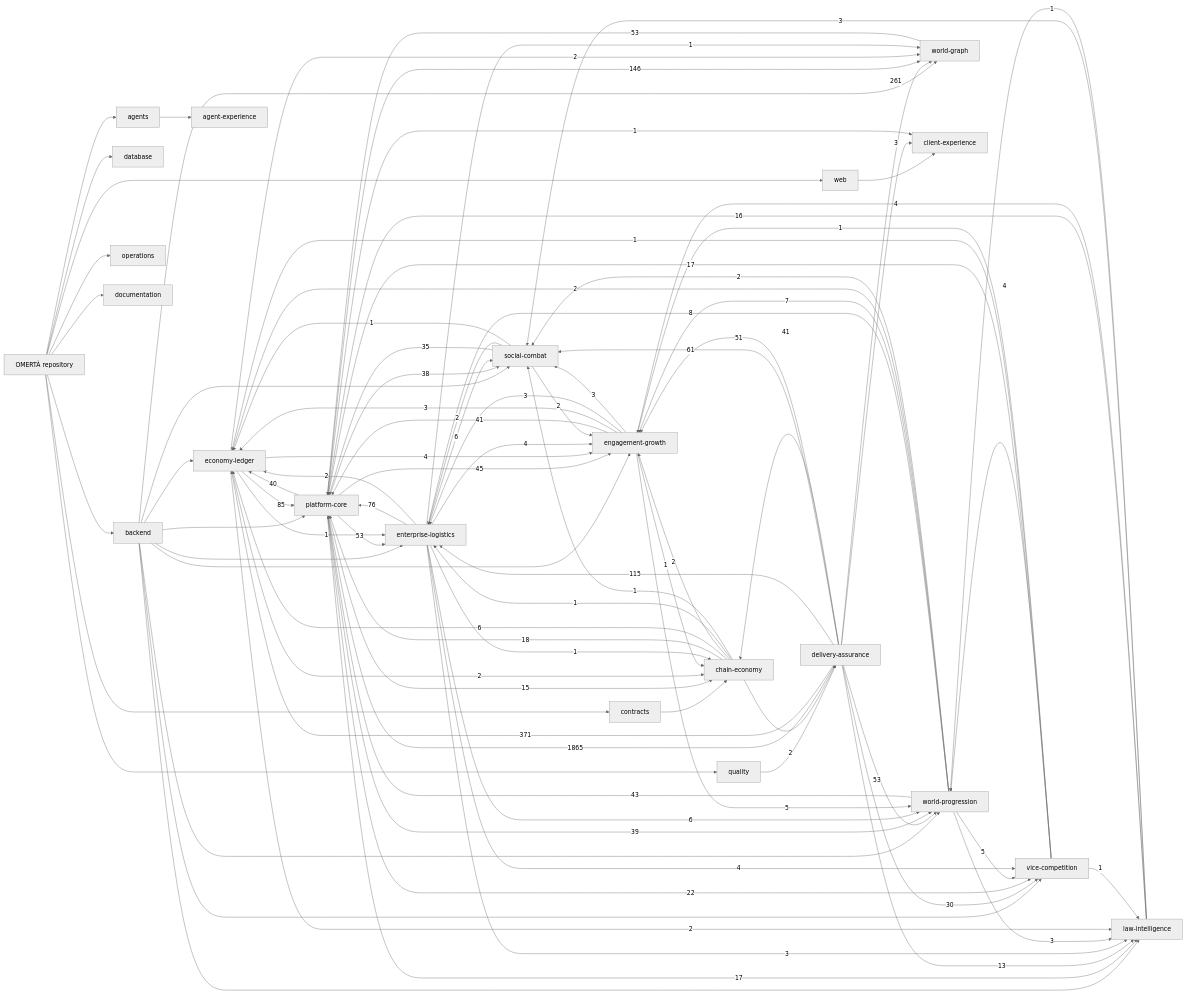
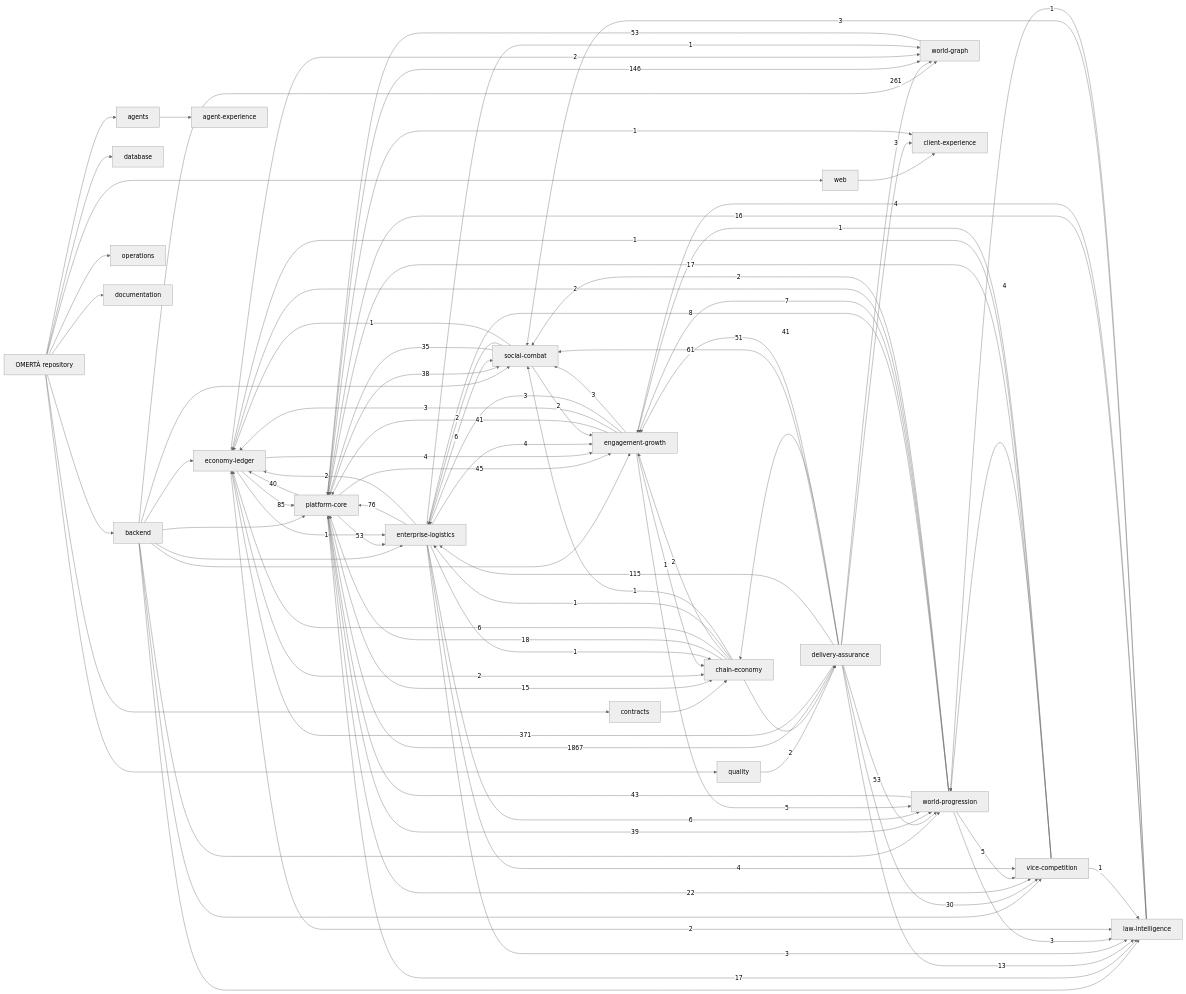
One commit to OmertaDev/Omerta changed the diagram in knowledge/generated/graph.mmd. Above: the diagram before and after it, drawn with Mermaid (neutral theme). The commit also changed 5 other files, not shown here.

```diff
--- a/knowledge/generated/graph.mmd
+++ b/knowledge/generated/graph.mmd
@@ -1,113 +1,113 @@
 flowchart LR
   repo["OMERTÀ repository"]
   sub_backend["backend"]
   repo --> sub_backend
   sub_database["database"]
   repo --> sub_database
   sub_web["web"]
   repo --> sub_web
   sub_contracts["contracts"]
   repo --> sub_contracts
   sub_agents["agents"]
   repo --> sub_agents
   sub_quality["quality"]
   repo --> sub_quality
   sub_operations["operations"]
   repo --> sub_operations
   sub_documentation["documentation"]
   repo --> sub_documentation
   dom_platform-core["platform-core"]
   dom_economy-ledger["economy-ledger"]
   dom_social-combat["social-combat"]
   dom_world-progression["world-progression"]
   dom_world-graph["world-graph"]
   dom_enterprise-logistics["enterprise-logistics"]
   dom_vice-competition["vice-competition"]
   dom_law-intelligence["law-intelligence"]
   dom_chain-economy["chain-economy"]
   dom_engagement-growth["engagement-growth"]
   dom_client-experience["client-experience"]
   dom_agent-experience["agent-experience"]
   dom_delivery-assurance["delivery-assurance"]
   sub_agents --> dom_agent-experience
   sub_backend --> dom_economy-ledger
   sub_backend --> dom_engagement-growth
   sub_backend --> dom_enterprise-logistics
   sub_backend --> dom_law-intelligence
   sub_backend --> dom_platform-core
   sub_backend --> dom_social-combat
   sub_backend --> dom_vice-competition
   sub_backend --> dom_world-graph
   sub_backend --> dom_world-progression
   sub_contracts --> dom_chain-economy
   sub_quality --> dom_delivery-assurance
   sub_web --> dom_client-experience
-  dom_delivery-assurance -->|1865| dom_platform-core
+  dom_delivery-assurance -->|1867| dom_platform-core
   dom_delivery-assurance -->|371| dom_economy-ledger
   dom_delivery-assurance -->|261| dom_world-graph
   dom_platform-core -->|146| dom_world-graph
   dom_delivery-assurance -->|115| dom_enterprise-logistics
   dom_economy-ledger -->|85| dom_platform-core
   dom_enterprise-logistics -->|76| dom_platform-core
   dom_delivery-assurance -->|61| dom_social-combat
   dom_delivery-assurance -->|53| dom_world-progression
   dom_platform-core -->|53| dom_enterprise-logistics
   dom_world-graph -->|53| dom_platform-core
   dom_delivery-assurance -->|51| dom_engagement-growth
   dom_platform-core -->|45| dom_engagement-growth
   dom_world-progression -->|43| dom_platform-core
   dom_delivery-assurance -->|41| dom_chain-economy
   dom_engagement-growth -->|41| dom_platform-core
   dom_platform-core -->|40| dom_economy-ledger
   dom_platform-core -->|39| dom_world-progression
   dom_platform-core -->|38| dom_social-combat
   dom_social-combat -->|35| dom_platform-core
   dom_delivery-assurance -->|30| dom_vice-competition
   dom_platform-core -->|22| dom_vice-competition
   dom_chain-economy -->|18| dom_platform-core
   dom_platform-core -->|17| dom_law-intelligence
   dom_vice-competition -->|17| dom_platform-core
   dom_law-intelligence -->|16| dom_platform-core
   dom_platform-core -->|15| dom_chain-economy
   dom_delivery-assurance -->|13| dom_law-intelligence
   dom_world-progression -->|8| dom_enterprise-logistics
   dom_world-progression -->|7| dom_engagement-growth
   dom_chain-economy -->|6| dom_economy-ledger
   dom_enterprise-logistics -->|6| dom_social-combat
   dom_enterprise-logistics -->|6| dom_world-progression
   dom_engagement-growth -->|5| dom_world-progression
   dom_world-progression -->|5| dom_vice-competition
   dom_economy-ledger -->|4| dom_engagement-growth
   dom_enterprise-logistics -->|4| dom_engagement-growth
   dom_enterprise-logistics -->|4| dom_vice-competition
   dom_law-intelligence -->|4| dom_engagement-growth
   dom_vice-competition -->|4| dom_world-progression
   dom_delivery-assurance -->|3| dom_client-experience
   dom_engagement-growth -->|3| dom_economy-ledger
   dom_engagement-growth -->|3| dom_enterprise-logistics
   dom_engagement-growth -->|3| dom_social-combat
   dom_enterprise-logistics -->|3| dom_law-intelligence
   dom_law-intelligence -->|3| dom_social-combat
   dom_world-progression -->|3| dom_law-intelligence
   dom_chain-economy -->|2| dom_delivery-assurance
   dom_chain-economy -->|2| dom_engagement-growth
   dom_economy-ledger -->|2| dom_chain-economy
   dom_economy-ledger -->|2| dom_law-intelligence
   dom_economy-ledger -->|2| dom_world-graph
   dom_enterprise-logistics -->|2| dom_economy-ledger
   dom_social-combat -->|2| dom_engagement-growth
   dom_social-combat -->|2| dom_enterprise-logistics
   dom_world-progression -->|2| dom_economy-ledger
   dom_world-progression -->|2| dom_social-combat
   dom_chain-economy -->|1| dom_enterprise-logistics
   dom_chain-economy -->|1| dom_social-combat
   dom_economy-ledger -->|1| dom_enterprise-logistics
   dom_engagement-growth -->|1| dom_chain-economy
   dom_enterprise-logistics -->|1| dom_chain-economy
   dom_enterprise-logistics -->|1| dom_world-graph
   dom_law-intelligence -->|1| dom_world-progression
   dom_platform-core -->|1| dom_client-experience
   dom_social-combat -->|1| dom_economy-ledger
   dom_vice-competition -->|1| dom_economy-ledger
   dom_vice-competition -->|1| dom_engagement-growth
   dom_vice-competition -->|1| dom_law-intelligence
```
